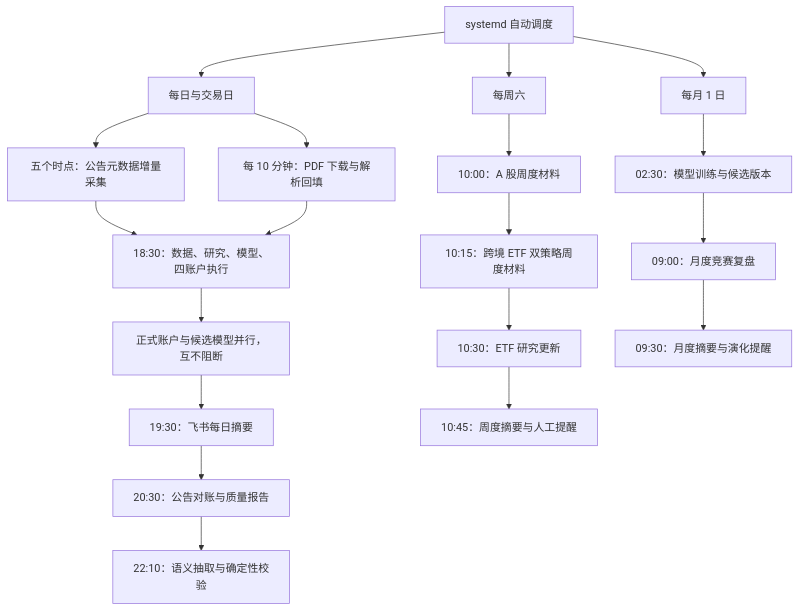
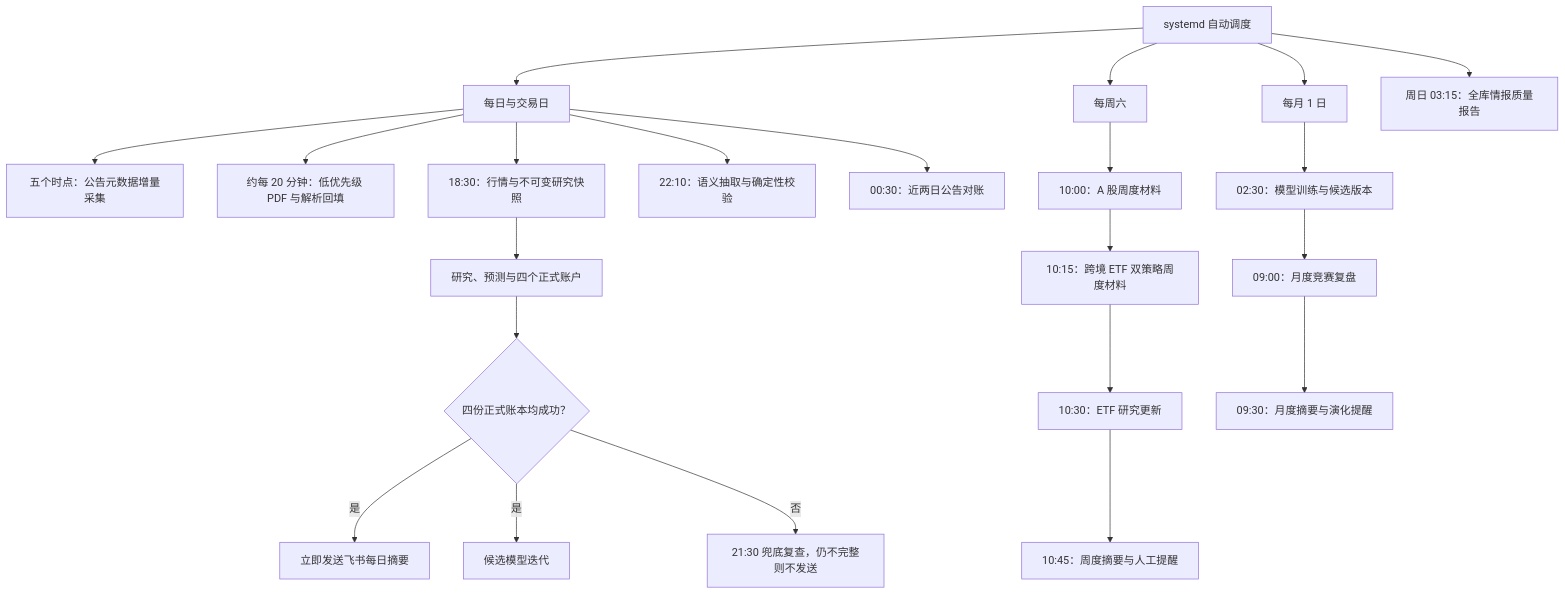
One commit to skaleto/stock-analyze changed the fourth of 4 diagrams in docs/system-overview.md. Above: the diagram before and after it, drawn with Mermaid. The commit also changed other lines of this file and 672 other files, not shown here.

````diff
--- a/docs/system-overview.md
+++ b/docs/system-overview.md
@@ -153,21 +155,24 @@
 ```mermaid
 flowchart TD
     R[systemd 自动调度] --> D0[每日与交易日]
     R --> W0[每周六]
     R --> M0[每月 1 日]
     D0 --> D1[五个时点：公告元数据增量采集]
-    D0 --> D1A[每 10 分钟：PDF 下载与解析回填]
-    D1 --> D2[18:30：数据、研究、模型、四账户执行]
-    D1A --> D2
-    D2 --> D3[正式账户与候选模型并行，互不阻断]
-    D3 --> D4[19:30：飞书每日摘要]
-    D4 --> D5[20:30：公告对账与质量报告]
-    D5 --> D6[22:10：语义抽取与确定性校验]
+    D0 --> D1A[约每 20 分钟：低优先级 PDF 与解析回填]
+    D0 --> D2[18:30：行情与不可变研究快照]
+    D2 --> D3[研究、预测与四个正式账户]
+    D3 --> D4{四份正式账本均成功？}
+    D4 -->|是| D5[立即发送飞书每日摘要]
+    D4 -->|是| D5A[候选模型迭代]
+    D4 -->|否| D6[21:30 兜底复查，仍不完整则不发送]
+    D0 --> D7[22:10：语义抽取与确定性校验]
+    D0 --> D8[00:30：近两日公告对账]
+    R --> Q0[周日 03:15：全库情报质量报告]
     W0 --> W1[10:00：A 股周度材料]
     W1 --> W2[10:15：跨境 ETF 双策略周度材料]
     W2 --> W3[10:30：ETF 研究更新]
     W3 --> W4[10:45：周度摘要与人工提醒]
     M0 --> M1[02:30：模型训练与候选版本]
     M1 --> M2[09:00：月度竞赛复盘]
     M2 --> M3[09:30：月度摘要与演化提醒]
 ```
````
